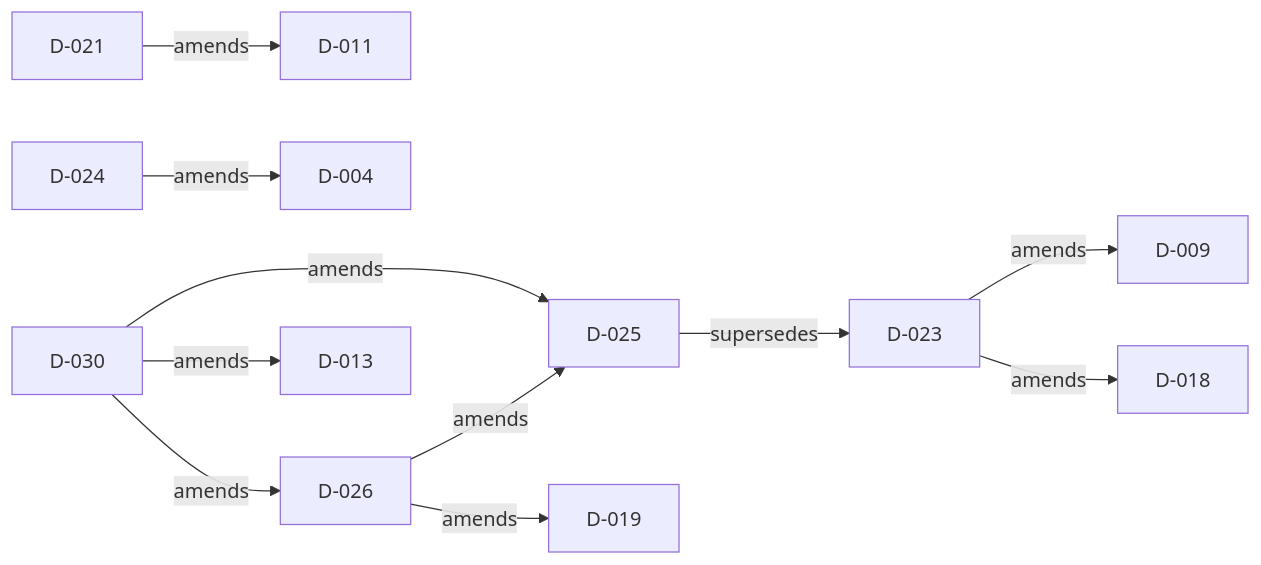
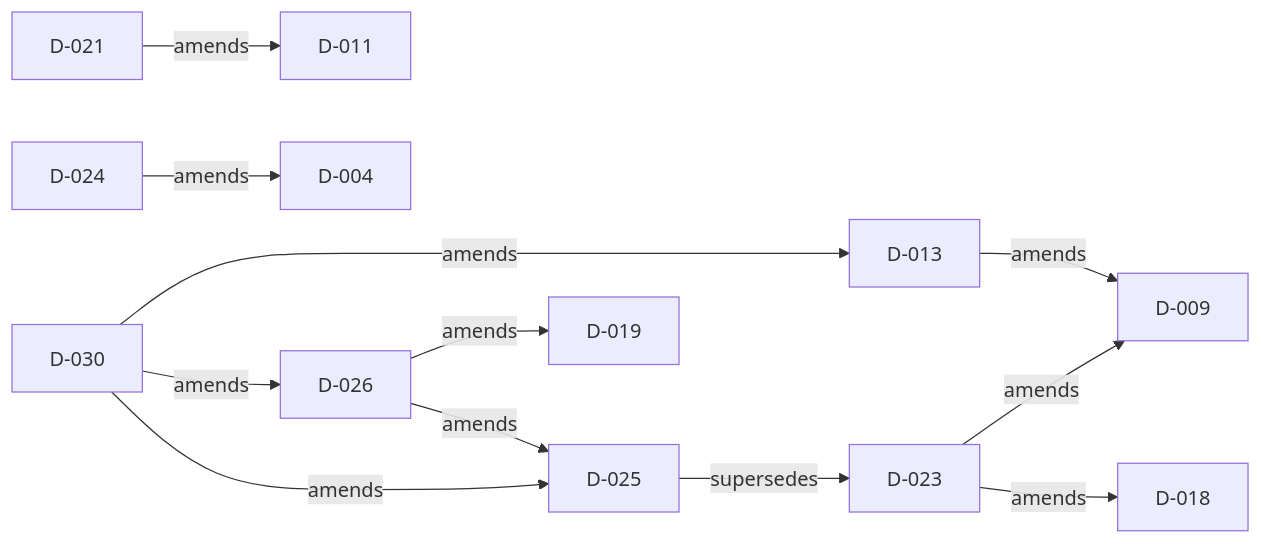
One commit to doka-labs/Doka.EntityFrameworkCore.MySql changed the diagram in docs/decisions/README.md. Above: the diagram before and after it, drawn with Mermaid. The commit also changed other lines of this file and 366 other files, not shown here.

````diff
--- a/docs/decisions/README.md
+++ b/docs/decisions/README.md
@@ -43,13 +43,14 @@
 ```mermaid
 flowchart LR
+  D_013["D-013"] -->|"amends"| D_009["D-009"]
   D_021["D-021"] -->|"amends"| D_011["D-011"]
   D_023["D-023"] -->|"amends"| D_009["D-009"]
   D_023["D-023"] -->|"amends"| D_018["D-018"]
   D_024["D-024"] -->|"amends"| D_004["D-004"]
   D_025["D-025"] -->|"supersedes"| D_023["D-023"]
   D_026["D-026"] -->|"amends"| D_019["D-019"]
   D_026["D-026"] -->|"amends"| D_025["D-025"]
   D_030["D-030"] -->|"amends"| D_013["D-013"]
   D_030["D-030"] -->|"amends"| D_025["D-025"]
   D_030["D-030"] -->|"amends"| D_026["D-026"]
 ```
````
